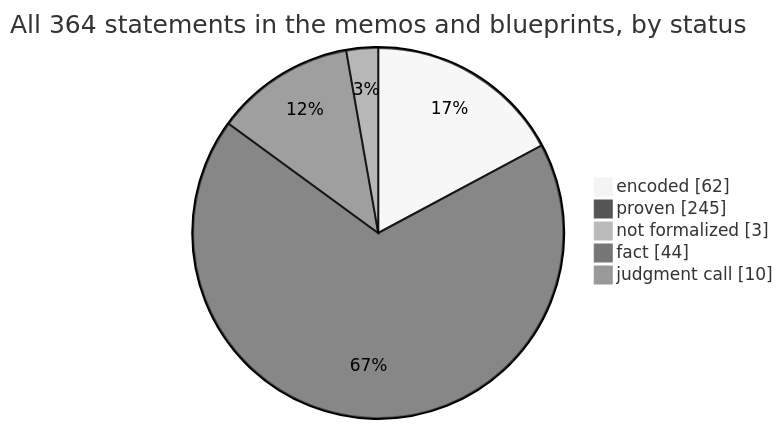
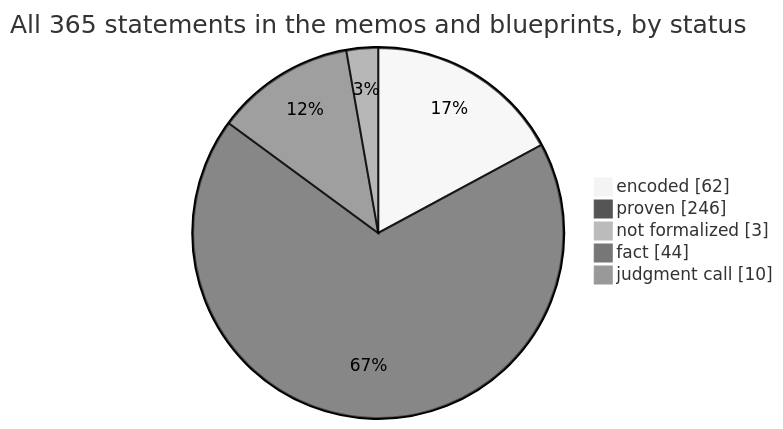
The first of 4 diagrams in docs/graphs/dashboard.md (SeanWMurray/Canteen), drawn with Mermaid (neutral theme) before and after one commit. The commit also changed other lines of this file and 14 other files, not shown here.

````diff
--- a/docs/graphs/dashboard.md
+++ b/docs/graphs/dashboard.md
@@ -11,8 +11,8 @@
 ```mermaid
-pie showData title All 364 statements in the memos and blueprints, by status
+pie showData title All 365 statements in the memos and blueprints, by status
     "encoded" : 62
-    "proven" : 245
+    "proven" : 246
     "not formalized" : 3
     "fact" : 44
     "judgment call" : 10
 ```
````
